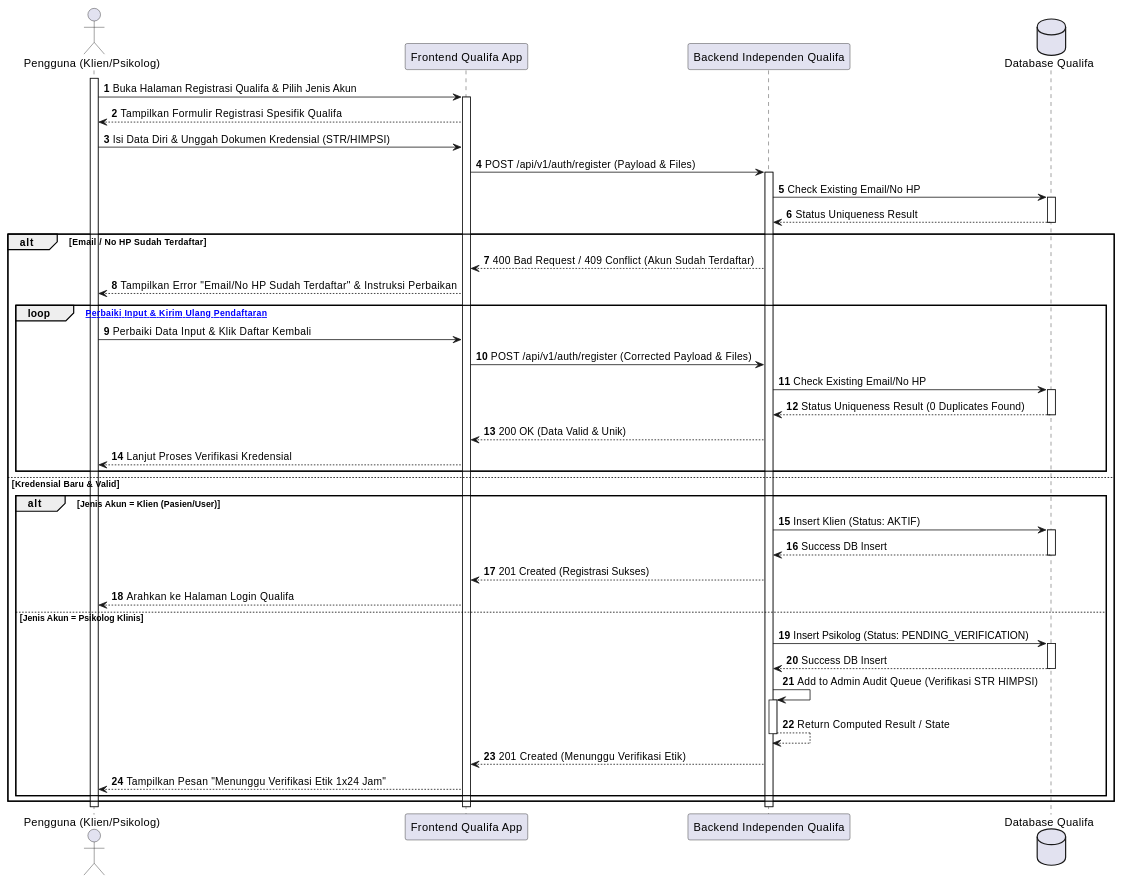
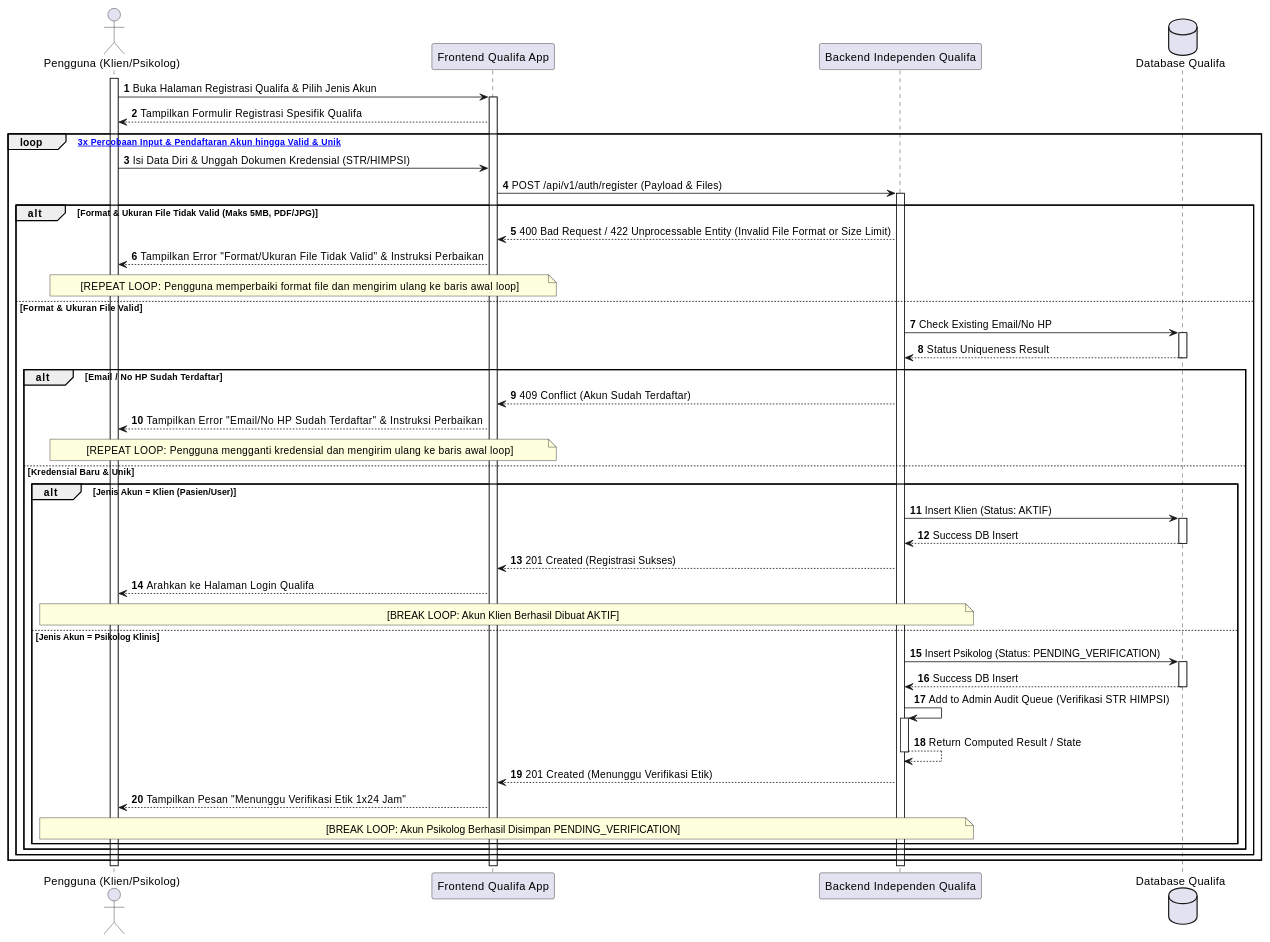
Diagram 16 of 27 in MarkDown/plantuml_sequence_diagrams.md (tupperwureism/SuperApp-Gagal), drawn with PlantUML before and after one commit. The commit also changed other lines of this file and 2 other files, not shown here.

Commit message:
refactor(uml): standardize outer loop validation pattern and enforce 1-to-1 decision mapping between AD and SD

````diff
--- a/MarkDown/plantuml_sequence_diagrams.md
+++ b/MarkDown/plantuml_sequence_diagrams.md
@@ -873,49 +882,51 @@
 ```plantuml
 @startuml
 autonumber
 actor "Pengguna (Klien/Psikolog)" as User
 participant "Frontend Qualifa App" as FE
 participant "Backend Independen Qualifa" as BE
 database "Database Qualifa" as DB
 
 activate User
 User -> FE ++ : Buka Halaman Registrasi Qualifa & Pilih Jenis Akun
 FE --> User : Tampilkan Formulir Registrasi Spesifik Qualifa
-User -> FE : Isi Data Diri & Unggah Dokumen Kredensial (STR/HIMPSI)
-FE -> BE ++ : POST /api/v1/auth/register (Payload & Files)
+loop [Maksimal 3x Percobaan Input & Pendaftaran Akun hingga Valid & Unik]
+    User -> FE : Isi Data Diri & Unggah Dokumen Kredensial (STR/HIMPSI)
+    FE -> BE ++ : POST /api/v1/auth/register (Payload & Files)
 
-BE -> DB ++ : Check Existing Email/No HP
-DB --> BE -- : Status Uniqueness Result
+    alt Format & Ukuran File Tidak Valid (Maks 5MB, PDF/JPG)
+        BE --> FE : 400 Bad Request / 422 Unprocessable Entity (Invalid File Format or Size Limit)
+        FE --> User : Tampilkan Error "Format/Ukuran File Tidak Valid" & Instruksi Perbaikan
+        note over User, FE : [REPEAT LOOP: Pengguna memperbaiki format file dan mengirim ulang ke baris awal loop]
+    else Format & Ukuran File Valid
+        BE -> DB ++ : Check Existing Email/No HP
+        DB --> BE -- : Status Uniqueness Result
 
-alt Email / No HP Sudah Terdaftar
-    BE --> FE : 400 Bad Request / 409 Conflict (Akun Sudah Terdaftar)
-    FE --> User : Tampilkan Error "Email/No HP Sudah Terdaftar" & Instruksi Perbaikan
-    
-    loop [Coba Perbaiki Input & Kirim Ulang Pendaftaran]
-        User -> FE : Perbaiki Data Input & Klik Daftar Kembali
-        FE -> BE : POST /api/v1/auth/register (Corrected Payload & Files)
-        BE -> DB ++ : Check Existing Email/No HP
-        DB --> BE -- : Status Uniqueness Result (0 Duplicates Found)
-        BE --> FE : 200 OK (Data Valid & Unik)
-        FE --> User : Lanjut Proses Verifikasi Kredensial
-    end
-else Kredensial Baru & Valid
-    alt Jenis Akun = Klien (Pasien/User)
-        BE -> DB ++ : Insert Klien (Status: AKTIF)
-        DB --> BE -- : Success DB Insert
-        BE --> FE : 201 Created (Registrasi Sukses)
-        FE --> User : Arahkan ke Halaman Login Qualifa
-    else Jenis Akun = Psikolog Klinis
-        BE -> DB ++ : Insert Psikolog (Status: PENDING_VERIFICATION)
-        DB --> BE -- : Success DB Insert
-        BE -> BE ++ : Add to Admin Audit Queue (Verifikasi STR HIMPSI)
-        BE --> BE -- : Return Computed Result / State
-        BE --> FE : 201 Created (Menunggu Verifikasi Etik)
-        FE --> User : Tampilkan Pesan "Menunggu Verifikasi Etik 1x24 Jam"
+        alt Email / No HP Sudah Terdaftar
+            BE --> FE : 409 Conflict (Akun Sudah Terdaftar)
+            FE --> User : Tampilkan Error "Email/No HP Sudah Terdaftar" & Instruksi Perbaikan
+            note over User, FE : [REPEAT LOOP: Pengguna mengganti kredensial dan mengirim ulang ke baris awal loop]
+        else Kredensial Baru & Unik
+            alt Jenis Akun = Klien (Pasien/User)
+                BE -> DB ++ : Insert Klien (Status: AKTIF)
+                DB --> BE -- : Success DB Insert
+                BE --> FE : 201 Created (Registrasi Sukses)
+                FE --> User : Arahkan ke Halaman Login Qualifa
+                note over User, BE : [BREAK LOOP: Akun Klien Berhasil Dibuat AKTIF]
+            else Jenis Akun = Psikolog Klinis
+                BE -> DB ++ : Insert Psikolog (Status: PENDING_VERIFICATION)
+                DB --> BE -- : Success DB Insert
+                BE -> BE ++ : Add to Admin Audit Queue (Verifikasi STR HIMPSI)
+                BE --> BE -- : Return Computed Result / State
+                BE --> FE : 201 Created (Menunggu Verifikasi Etik)
+                FE --> User : Tampilkan Pesan "Menunggu Verifikasi Etik 1x24 Jam"
+                note over User, BE : [BREAK LOOP: Akun Psikolog Berhasil Disimpan PENDING_VERIFICATION]
+            end
+        end
     end
 end
 deactivate BE
 deactivate FE
 deactivate User
 @enduml
 ```
````
